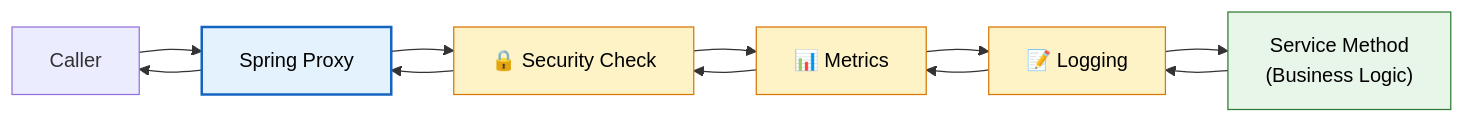
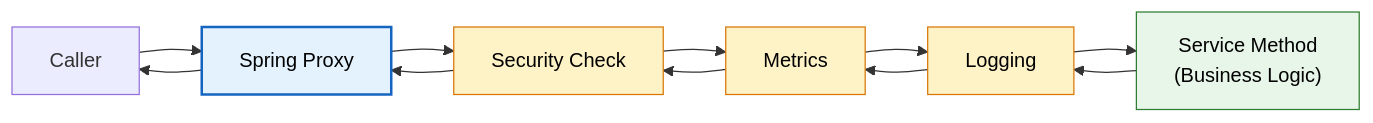
The first of 6 diagrams in docs/springboot/aop.md (saivamsikaruturi/vamsilabs-dev-notes-main), drawn with Mermaid before and after one commit. The commit also changed other lines of this file and 146 other files, not shown here.

Commit message:
Horizontal diagrams, UML class diagrams, typography overhaul, and permalink cleanup

````diff
--- a/docs/springboot/aop.md
+++ b/docs/springboot/aop.md
@@ -10,19 +10,19 @@
 ```mermaid
 flowchart LR
     C["Caller"] --> P["Spring Proxy"]
-    P --> A1["🔒 Security Check"]
-    A1 --> A2["📊 Metrics"]
-    A2 --> A3["📝 Logging"]
+    P --> A1["Security Check"]
+    A1 --> A2["Metrics"]
+    A2 --> A3["Logging"]
     A3 --> S["Service Method<br/>(Business Logic)"]
     S --> A3
     A3 --> A2
     A2 --> A1
     A1 --> P
     P --> C
 
     style P fill:#E3F2FD,stroke:#1565C0,stroke-width:2px,color:#000
     style S fill:#E8F5E9,stroke:#2E7D32,color:#000
     style A1 fill:#FEF3C7,stroke:#D97706,color:#000
     style A2 fill:#FEF3C7,stroke:#D97706,color:#000
     style A3 fill:#FEF3C7,stroke:#D97706,color:#000
 ```
````
